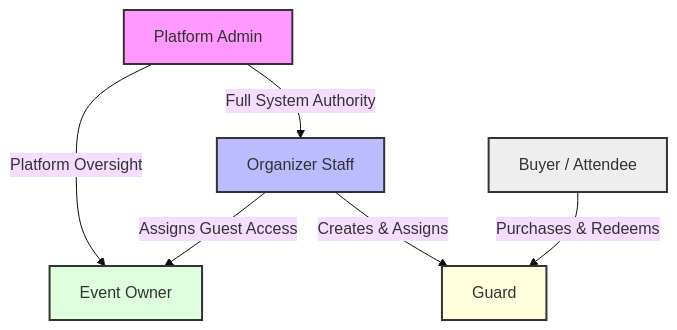
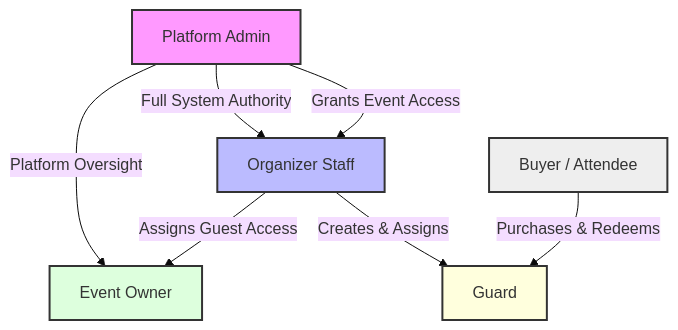
One commit to kreativesahara/ticket changed the diagram in doc/diagrams/roleandprivileage/01-role-relationships.md. Above: the diagram before and after it, drawn with Mermaid (base theme). The commit also changed other lines of this file and 39 other files, not shown here.

Commit message:
feat: add documentation, system diagrams, and state machine specifications for roles, use cases, and architecture

````diff
--- a/doc/diagrams/roleandprivileage/01-role-relationships.md
+++ b/doc/diagrams/roleandprivileage/01-role-relationships.md
@@ -7,20 +7,21 @@
 ```mermaid
 graph TD
     classDef admin fill:#f9f,stroke:#333,stroke-width:2px;
     classDef staff fill:#bbf,stroke:#333,stroke-width:2px;
     classDef eventOwner fill:#dfd,stroke:#333,stroke-width:2px;
     classDef guard fill:#ffd,stroke:#333,stroke-width:2px;
     classDef guest fill:#eee,stroke:#333,stroke-width:2px;
 
     PA[Platform Admin]:::admin
     OS[Organizer Staff]:::staff
     EO[Event Owner]:::eventOwner
     GD[Guard]:::guard
     BY[Buyer / Attendee]:::guest
 
     PA -->|Full System Authority| OS
+    PA -->|Grants Event Access| OS
     PA -->|Platform Oversight| EO
     OS -->|Assigns Guest Access| EO
     OS -->|Creates & Assigns| GD
     BY -->|Purchases & Redeems| GD
 ```
````
